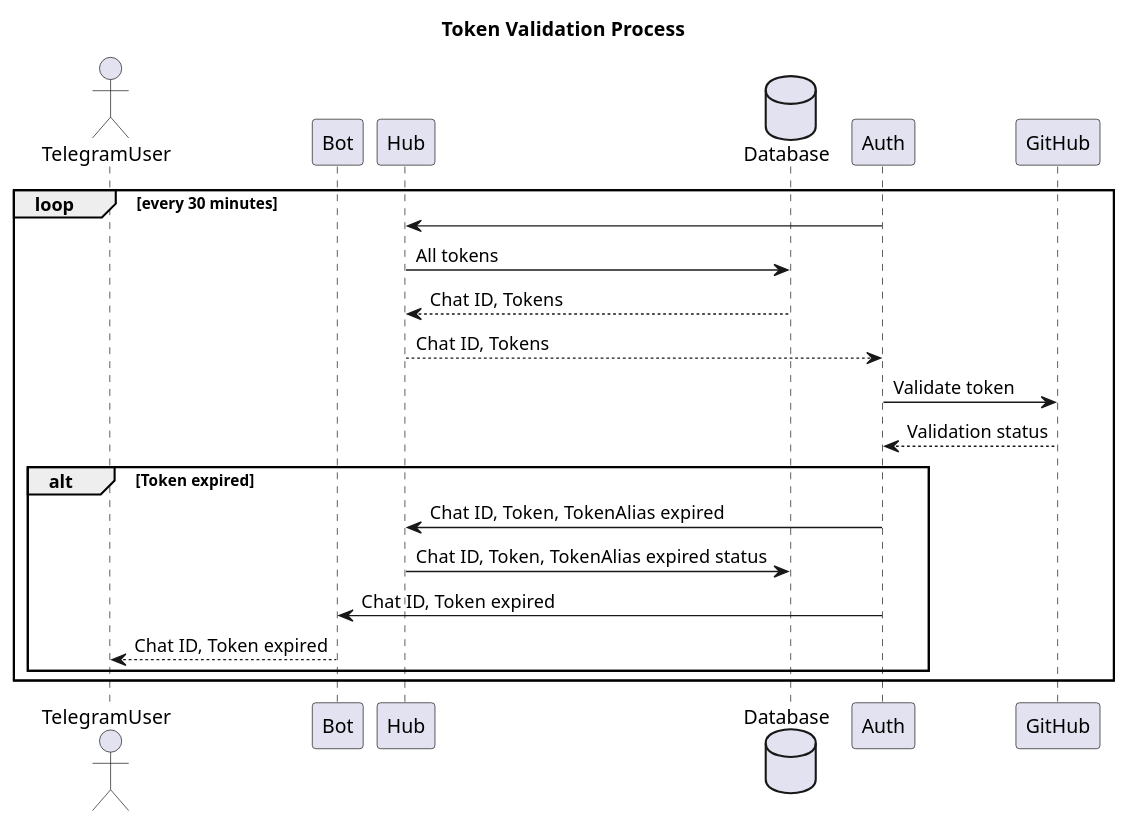
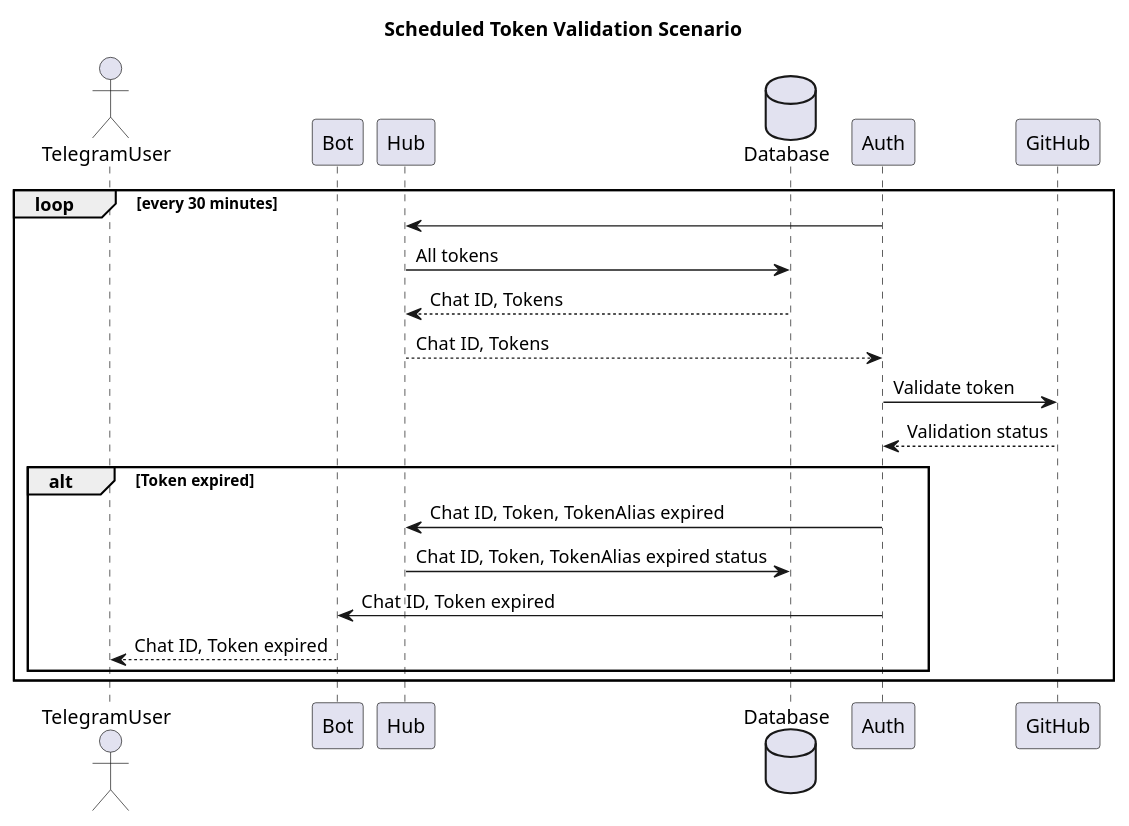
The diagram in diagrams/token-validation.puml (Blamer-io/docs), drawn with PlantUML before and after one commit. The commit also changed 3 other files, not shown here.

```diff
--- a/diagrams/token-validation.puml
+++ b/diagrams/token-validation.puml
@@ -1,24 +1,24 @@
 @startuml
-title Token Validation Process
+title Scheduled Token Validation Scenario
 actor       TelegramUser as user
 participant Bot as bot
 participant Hub as hub
 database    Database    as db
 participant Auth as auth
 participant GitHub as github
 
 loop every 30 minutes
  auth -> hub
  hub -> db: All tokens
  db --> hub: Chat ID, Tokens
  hub --> auth: Chat ID, Tokens
  auth -> github: Validate token
  github --> auth: Validation status
  alt Token expired
      auth -> hub: Chat ID, Token, TokenAlias expired
      hub -> db: Chat ID, Token, TokenAlias expired status
          auth -> bot: Chat ID, Token expired
      bot --> user: Chat ID, Token expired
   end
 end
 @enduml
```
